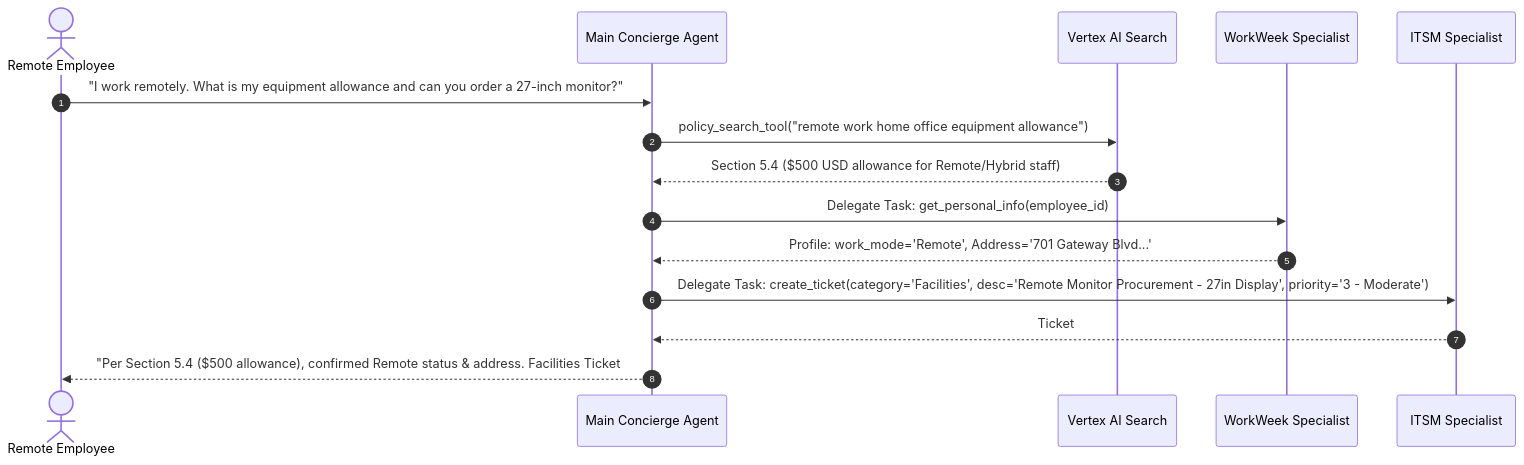
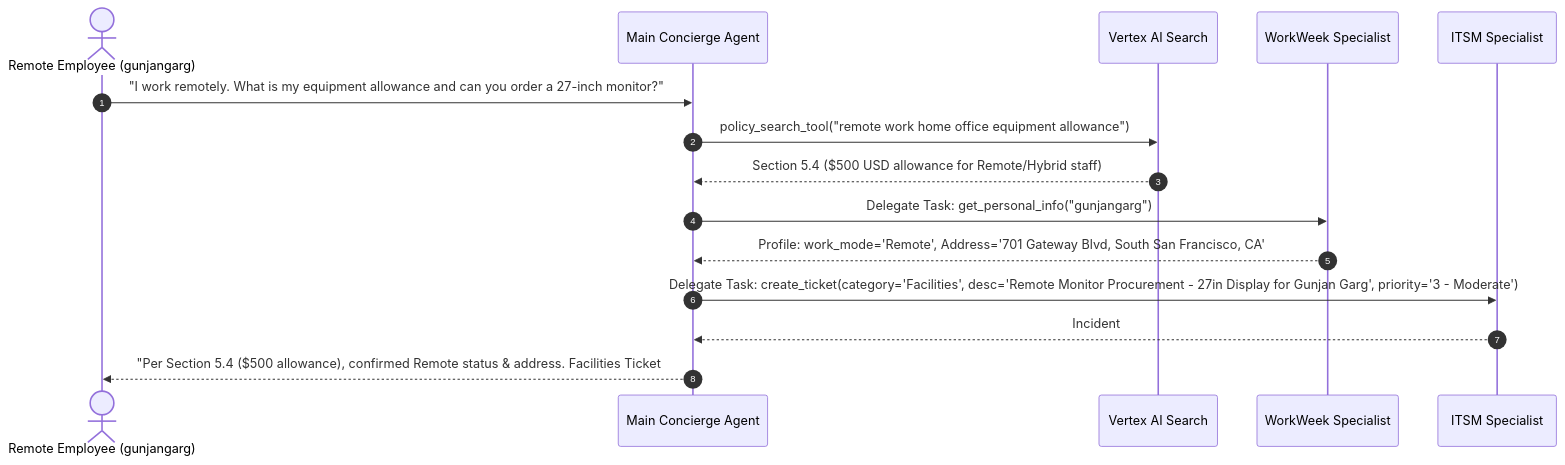
Before and after one commit to gungarg/elevate-hr-agent: the fourth of 5 diagrams in docs/SOLUTION_DESIGN_DOCUMENT.md, drawn with Mermaid. The commit also changed other lines of this file and 5 other files, not shown here.

````diff
--- a/docs/SOLUTION_DESIGN_DOCUMENT.md
+++ b/docs/SOLUTION_DESIGN_DOCUMENT.md
@@ -301,21 +267,21 @@
 ```mermaid
 sequenceDiagram
     autonumber
-    actor User as Remote Employee
+    actor User as Remote Employee (gunjangarg)
     participant CA as Main Concierge Agent
     participant VAS as Vertex AI Search
     participant WW as WorkWeek Specialist
     participant ITSM as ITSM Specialist
 
     User->>CA: "I work remotely. What is my equipment allowance and can you order a 27-inch monitor?"
     CA->>VAS: policy_search_tool("remote work home office equipment allowance")
     VAS-->>CA: Section 5.4 ($500 USD allowance for Remote/Hybrid staff)
     
-    CA->>WW: Delegate Task: get_personal_info(employee_id)
-    WW-->>CA: Profile: work_mode='Remote', Address='701 Gateway Blvd...'
+    CA->>WW: Delegate Task: get_personal_info("gunjangarg")
+    WW-->>CA: Profile: work_mode='Remote', Address='701 Gateway Blvd, South San Francisco, CA'
     
-    CA->>ITSM: Delegate Task: create_ticket(category='Facilities', desc='Remote Monitor Procurement - 27in Display', priority='3 - Moderate')
-    ITSM-->>CA: Ticket #INC-10002 created in Facilities group
+    CA->>ITSM: Delegate Task: create_ticket(category='Facilities', desc='Remote Monitor Procurement - 27in Display for Gunjan Garg', priority='3 - Moderate')
+    ITSM-->>CA: Incident #INC-10002 created in Facilities group
     
     CA-->>User: "Per Section 5.4 ($500 allowance), confirmed Remote status & address. Facilities Ticket #INC-10002 has been created!"
 ```
````
